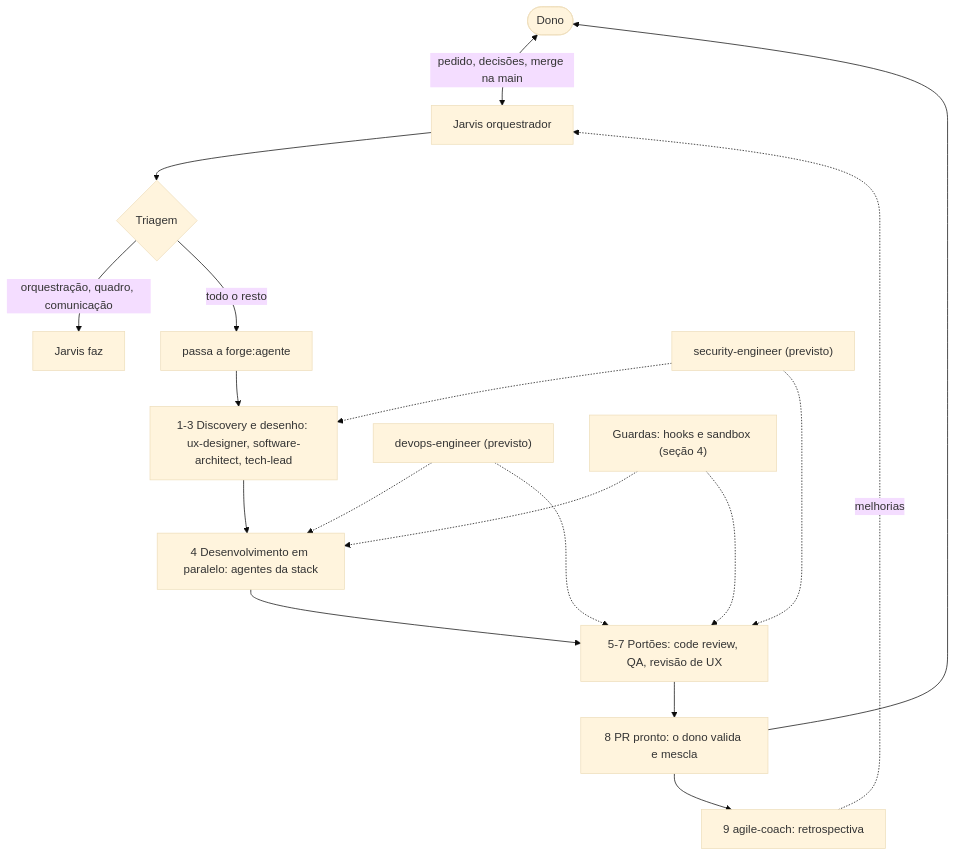
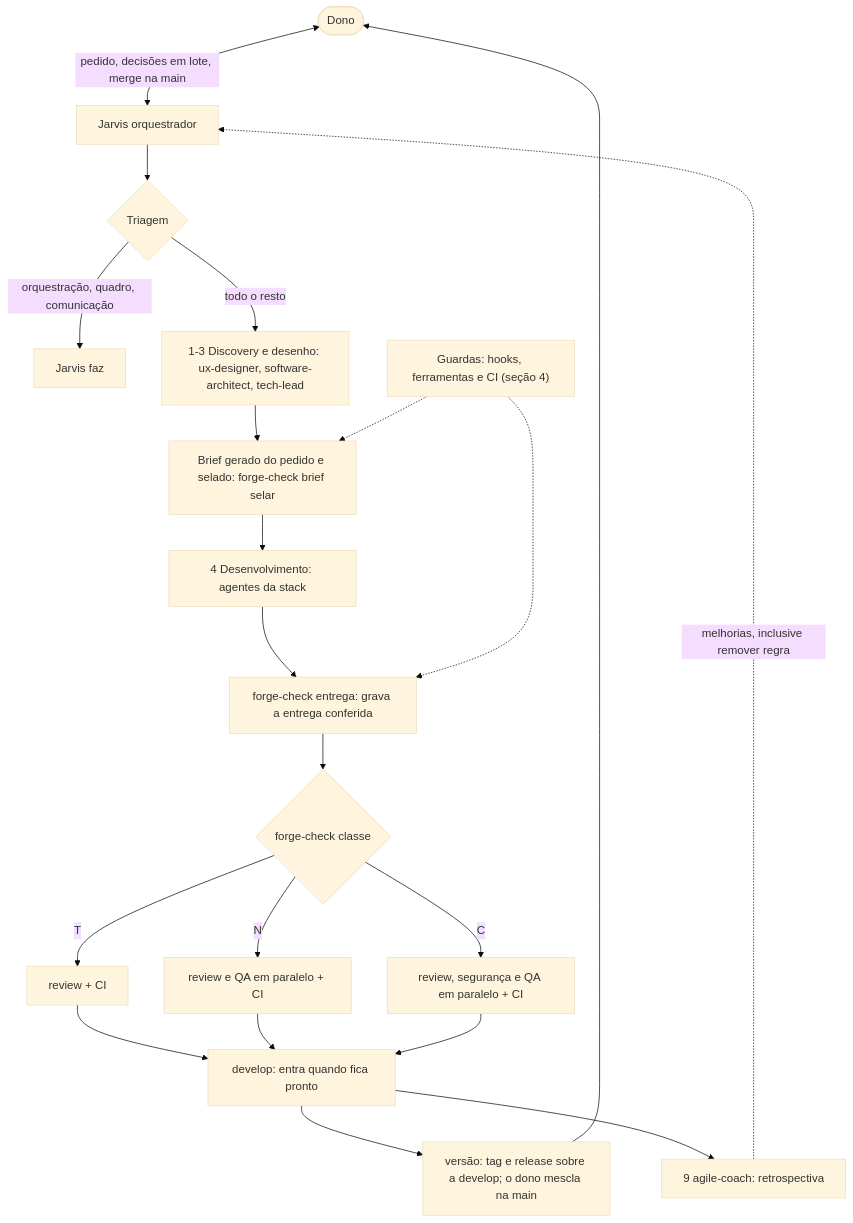
Before and after one commit to rodrigo-isensee/Forge: the first of 2 diagrams in docs/visao-geral.md, drawn with Mermaid (base theme). The commit also changed other lines of this file and 20 other files, not shown here.

First line of the commit message:
docs(agentes): Jarvis facilitador, conferente opcional e portões numa passada (v0431-t)

````diff
--- a/docs/visao-geral.md
+++ b/docs/visao-geral.md
@@ -11,20 +11,23 @@
 ```mermaid
 flowchart TB
-  U([Dono]) <-->|pedido, decisões, merge na main| J[Jarvis orquestrador]
+  U([Dono]) <-->|pedido, decisões em lote, merge na main| J[Jarvis orquestrador]
   J --> T{Triagem}
   T -->|orquestração, quadro, comunicação| F[Jarvis faz]
-  T -->|todo o resto| A["passa a forge:agente"]
-  A --> D["1-3 Discovery e desenho: ux-designer, software-architect, tech-lead"]
-  D --> V["4 Desenvolvimento em paralelo: agentes da stack"]
-  V --> G["5-7 Portões: code review, QA, revisão de UX"]
-  G --> PR["8 PR pronto: o dono valida e mescla"]
-  PR --> U
-  PR --> AC["9 agile-coach: retrospectiva"]
-  AC -.->|melhorias| J
-  SEC["security-engineer (previsto)"] -.-> D
-  SEC -.-> G
-  DO["devops-engineer (previsto)"] -.-> V
-  DO -.-> G
-  H["Guardas: hooks e sandbox (seção 4)"] -.-> V
-  H -.-> G
+  T -->|todo o resto| D["1-3 Discovery e desenho: ux-designer, software-architect, tech-lead"]
+  D --> B["Brief gerado do pedido e selado: forge-check brief selar"]
+  B --> V["4 Desenvolvimento: agentes da stack"]
+  V --> E["forge-check entrega: grava a entrega conferida"]
+  E --> C{"forge-check classe"}
+  C -->|T| G1["review + CI"]
+  C -->|N| G2["review e QA em paralelo + CI"]
+  C -->|C| G3["review, segurança e QA em paralelo + CI"]
+  G1 --> DV["develop: entra quando fica pronto"]
+  G2 --> DV
+  G3 --> DV
+  DV --> REL["versão: tag e release sobre a develop; o dono mescla na main"]
+  REL --> U
+  DV --> AC["9 agile-coach: retrospectiva"]
+  AC -.->|melhorias, inclusive remover regra| J
+  H["Guardas: hooks, ferramentas e CI (seção 4)"] -.-> B
+  H -.-> E
 ```
````
